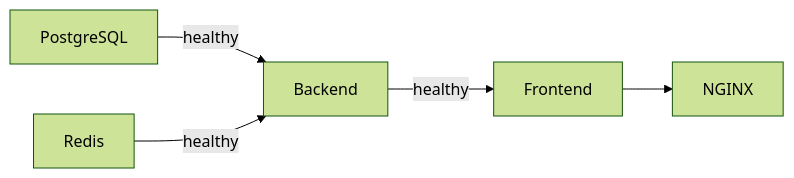
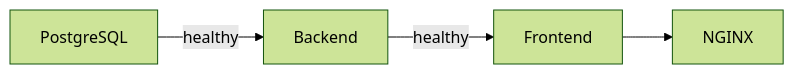
One commit to raghvendrabhati02/bridgestone-it-agent changed the diagram in docs/Deployment.md. Above: the diagram before and after it, drawn with Mermaid (forest theme). The commit also changed other lines of this file and 361 other files, not shown here.

````diff
--- a/docs/Deployment.md
+++ b/docs/Deployment.md
@@ -154,7 +176,6 @@
 ```mermaid
 graph LR
     PG[PostgreSQL] -->|healthy| BE[Backend]
-    Redis[Redis] -->|healthy| BE
-    BE[Backend] -->|healthy| FE[Frontend]
+    BE -->|healthy| FE[Frontend]
     FE --> NGINX[NGINX]
 ```
````
